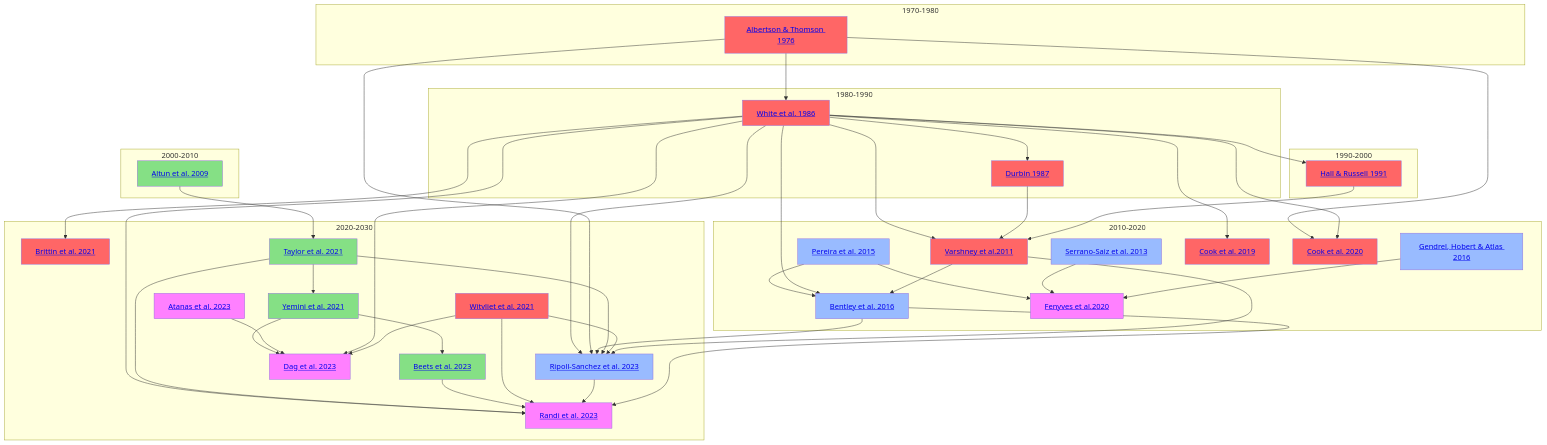
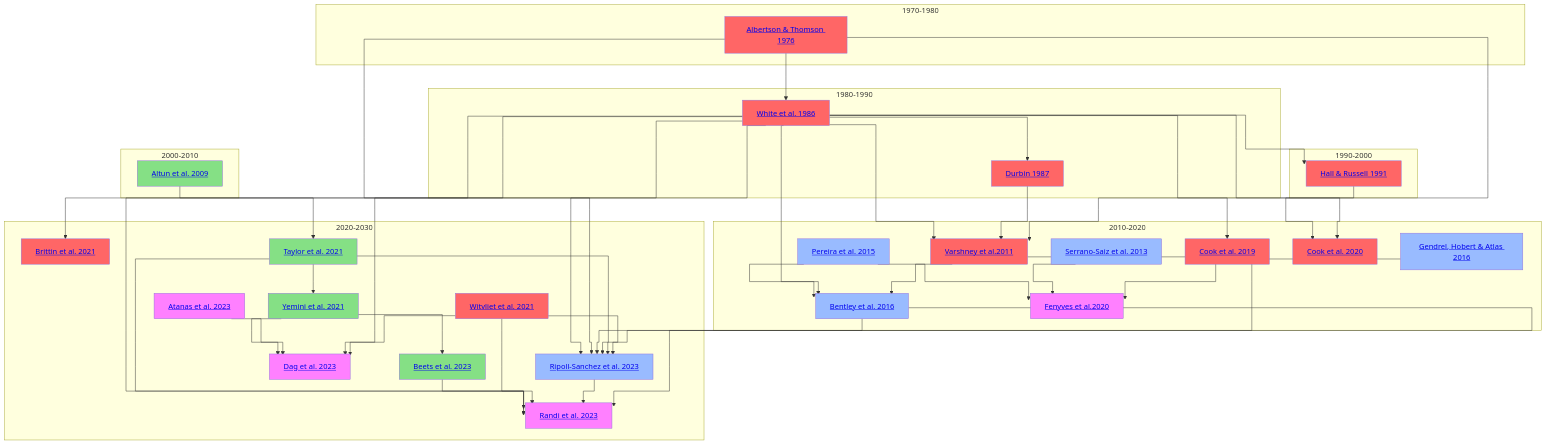
The third of 3 diagrams in docs/index.md (openworm/ConnectomeToolbox), drawn with Mermaid before and after one commit.

````diff
--- a/docs/index.md
+++ b/docs/index.md
@@ -267,68 +267,69 @@
 ```mermaid
+%%{ init: { 'flowchart': { 'curve': 'stepAfter' } } }%%
 flowchart TD
     classDef anat fill:#ff6666
     classDef gene fill:#85e085
     classDef es fill:#99bbff
     classDef func fill:#ff80ff
 
 
     subgraph 1970-1980
     A1["<a href='http://openworm.org/ConnectomeToolbox/Albertson_1976/' >Albertson & Thomson 1976</a>"]:::anat
     end
     subgraph 1980-1990
     A["<a href='http://openworm.org/ConnectomeToolbox/White_1986/' >White et al. 1986</a>"]:::anat & B["<a href='http://openworm.org/ConnectomeToolbox/Durbin_1987/' >Durbin 1987</a>"]:::anat
     end
 
     subgraph 1990-2000
     A2["<a href='http://openworm.org/ConnectomeToolbox/Hall_1991/' >Hall & Russell 1991</a>"]:::anat
     end
 
     subgraph 2000-2010
     C["<a href='http://openworm.org/ConnectomeToolbox/Altun_2009/' >Altun et al. 2009</a>"]:::gene 
     end
 
     subgraph 2010-2020
     D["<a href='http://openworm.org/ConnectomeToolbox/Varshney_2011/' >Varshney et al.2011</a>"]:::anat & E["<a href='http://openworm.org/ConnectomeToolbox/Pereira_2015/' >Pereira et al. 2015</a>"]:::es & E1["<a href='http://openworm.org/ConnectomeToolbox/Serrano_2013/' >Serrano-Saiz et al. 2013</a>"]:::es  & E2["<a href='http://openworm.org/ConnectomeToolbox/Gendrel_2016/' >Gendrel, Hobert & Atlas 2016</a>"]:::es & F["<a href='http://openworm.org/ConnectomeToolbox/Bentley_2016/' >Bentley et al. 2016 </a>"]:::es & G["<a href='http://openworm.org/ConnectomeToolbox/Cook_2019/' >Cook et al. 2019</a>"]:::anat & H["<a href='http://openworm.org/ConnectomeToolbox/Fenyves_2020/' >Fenyves et al.2020</a>"]:::func & I["<a href='http://openworm.org/ConnectomeToolbox/Cook_2020/' >Cook et al. 2020</a>"]:::anat
     end
 
     subgraph 2020-2030
     J["<a href='http://openworm.org/ConnectomeToolbox/Brittin_2021' >Brittin et al. 2021</a>"]:::anat & K["<a href='http://openworm.org/ConnectomeToolbox/Witvliet_2021' >Witvliet et al. 2021</a>"]:::anat & L["<a href='http://openworm.org/ConnectomeToolbox/Taylor_2021' >Taylor et al. 2021</a>"]:::gene & M["<a href='http://openworm.org/ConnectomeToolbox/Yemini_2021' >Yemini et al. 2021</a>"]:::gene & N["<a href='http://openworm.org/ConnectomeToolbox/Beets_2023' >Beets et al. 2023</a>"]:::gene & P["<a href='http://openworm.org/ConnectomeToolbox/Randi_2023' >Randi et al. 2023</a>"]:::func & NP["<a href='http://openworm.org/ConnectomeToolbox/Ripoll_2023' >Ripoll-Sanchez et al. 2023</a>"]:::es & R["<a href='http://openworm.org/ConnectomeToolbox/Dag_2023' >Dag et al. 2023</a>"]:::func & T["<a href='http://openworm.org/ConnectomeToolbox/Atanas_2023' >Atanas et al. 2023</a>"]:::func
     end     
 
 
     E --> H
     E1 --> H
     E2 --> H
     E --> F
     C --> L
     L --> M
     M --> N
     A --> B
     A1 --> A
     A1 --> I
     A  --> A2
     A --> D
     B --> D
     A2 --> D
     A --> G
     A --> I
     A --> J
     A --> F
     D --> F
     A --> NP
     A1 --> NP
     F --> NP
     L --> NP
     K --> NP
     D --> NP
     A --> P
     L --> P
     N --> P
     K --> P
     NP --> P
     F --> P
     M --> R
     T --> R
     A --> R
     K --> R
 ```
````
